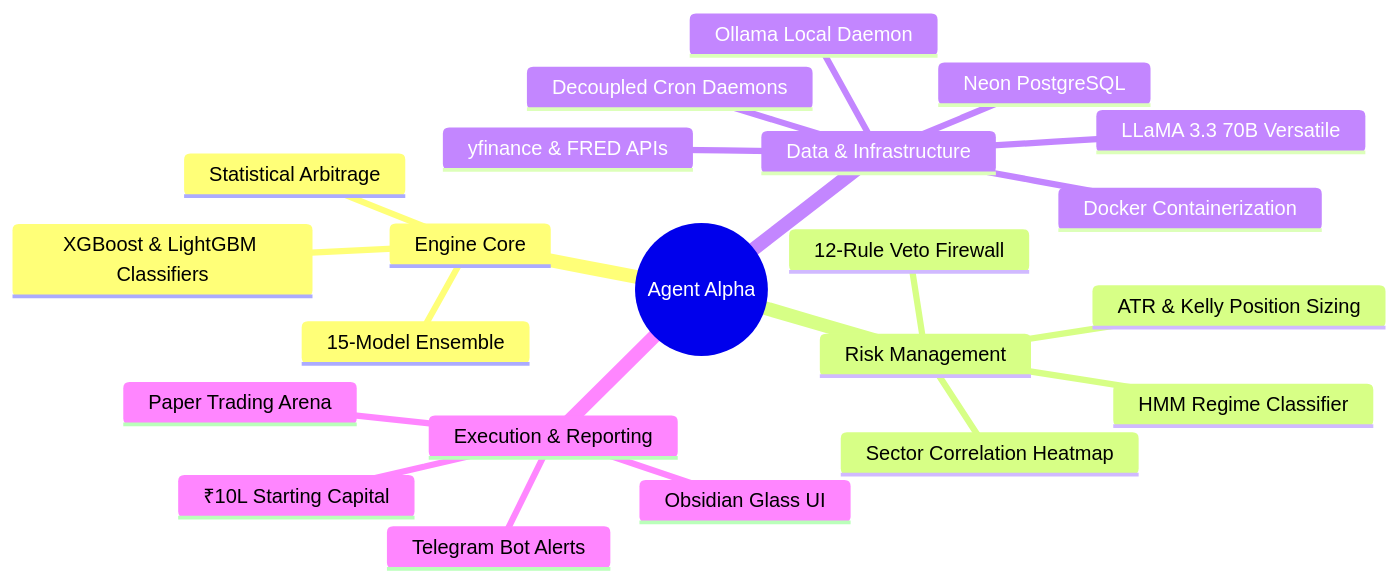
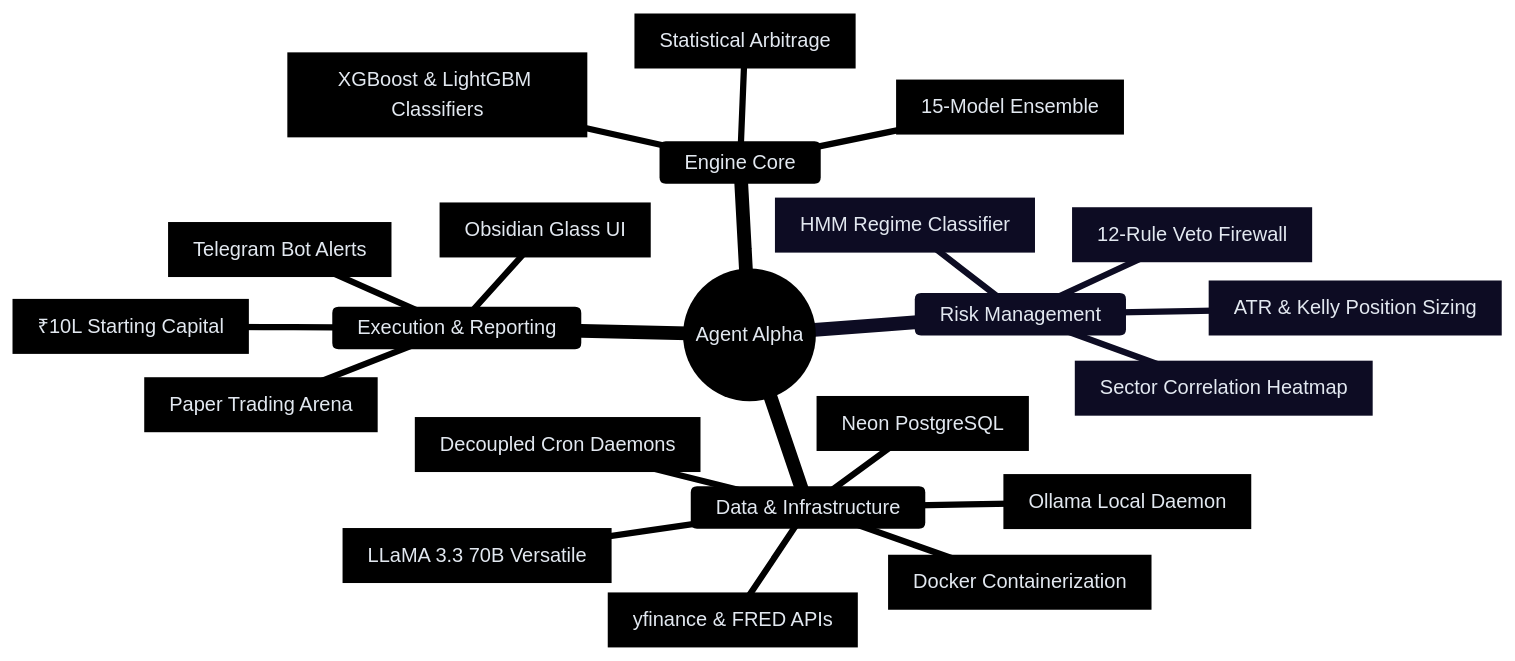
The first of 5 diagrams in README.md (SaiSiddharthBS/MarketAnalyser), drawn with Mermaid before and after one commit. The commit also changed other lines of this file, not shown here.

Commit message:
docs: Fix mermaid diagram text clipping and apply custom styling to all diagrams

````diff
--- a/README.md
+++ b/README.md
@@ -98,25 +98,26 @@
 ```mermaid
+%%{init: {'theme': 'base', 'themeVariables': { 'primaryColor': '#0f172a', 'primaryTextColor': '#e2e8f0', 'primaryBorderColor': '#38bdf8', 'lineColor': '#475569', 'secondaryColor': '#1e293b', 'tertiaryColor': '#312e81'}}}%%
 mindmap
   root((Agent Alpha))
     Engine Core
-      15-Model Ensemble
-      XGBoost & LightGBM Classifiers
-      Statistical Arbitrage
+      [15-Model Ensemble]
+      [XGBoost & LightGBM Classifiers]
+      [Statistical Arbitrage]
     Risk Management
-      HMM Regime Classifier
-      12-Rule Veto Firewall
-      Sector Correlation Heatmap
-      ATR & Kelly Position Sizing
+      [HMM Regime Classifier]
+      [12-Rule Veto Firewall]
+      [Sector Correlation Heatmap]
+      [ATR & Kelly Position Sizing]
     Data & Infrastructure
-      Ollama Local Daemon
-      LLaMA 3.3 70B Versatile
-      yfinance & FRED APIs
-      Neon PostgreSQL
-      Docker Containerization
-      Decoupled Cron Daemons
+      [Ollama Local Daemon]
+      [LLaMA 3.3 70B Versatile]
+      [yfinance & FRED APIs]
+      [Neon PostgreSQL]
+      [Docker Containerization]
+      [Decoupled Cron Daemons]
     Execution & Reporting
-      Paper Trading Arena
-      ₹10L Starting Capital
-      Telegram Bot Alerts
-      Obsidian Glass UI
+      [Paper Trading Arena]
+      [₹10L Starting Capital]
+      [Telegram Bot Alerts]
+      [Obsidian Glass UI]
 ```
````
